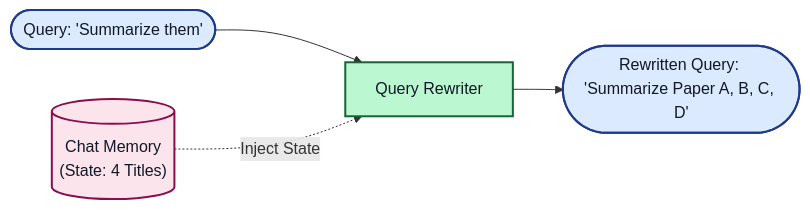
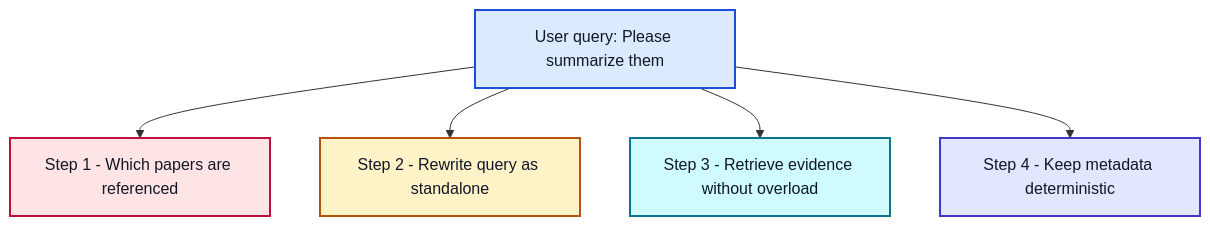
One commit to phiwi/chatbot changed the fourth of 4 diagrams in slides.md. Above: the diagram before and after it, drawn with Mermaid. The commit also changed other lines of this file and 2 other files, not shown here.

Commit message:
Refine architecture slides and add Dify visuals

````diff
--- a/slides.md
+++ b/slides.md
@@ -219,10 +239,14 @@
 ```mermaid
-flowchart LR
-  classDef start fill:#dbeafe,stroke:#1e3a8a,color:#111827,stroke-width:2px
-  classDef process fill:#bbf7d0,stroke:#166534,color:#111827,stroke-width:2px
-  classDef mem fill:#fce4ec,stroke:#880e4f,color:#111827,stroke-width:2px
+flowchart TB
+  classDef core fill:#dbeafe,stroke:#1d4ed8,color:#111827,stroke-width:2px
+  classDef p1 fill:#ffe4e6,stroke:#be123c,color:#111827,stroke-width:2px
+  classDef p2 fill:#fef3c7,stroke:#b45309,color:#111827,stroke-width:2px
+  classDef p3 fill:#cffafe,stroke:#0e7490,color:#111827,stroke-width:2px
+  classDef p4 fill:#e0e7ff,stroke:#4338ca,color:#111827,stroke-width:2px
 
-  Q(["Query: 'Summarize them'"]):::start --> Rewriter[Query Rewriter]:::process
-  History[("Chat Memory<br>(State: 4 Titles)")]:::mem -.->|"Inject State"| Rewriter
-  Rewriter --> Clean(["Rewritten Query: 'Summarize Paper A, B, C, D'"]):::start
+  Q["User query: Please summarize them"]:::core
+  Q --> A["Step 1 - Which papers are referenced"]:::p1
+  Q --> B["Step 2 - Rewrite query as standalone"]:::p2
+  Q --> C["Step 3 - Retrieve evidence without overload"]:::p3
+  Q --> D["Step 4 - Keep metadata deterministic"]:::p4
 ```
````
